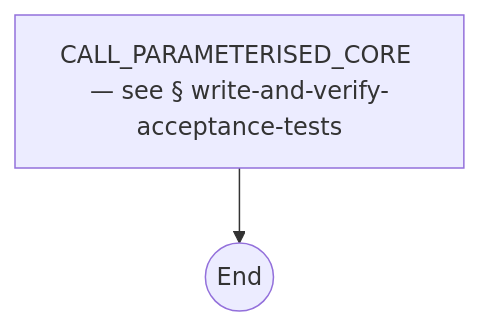
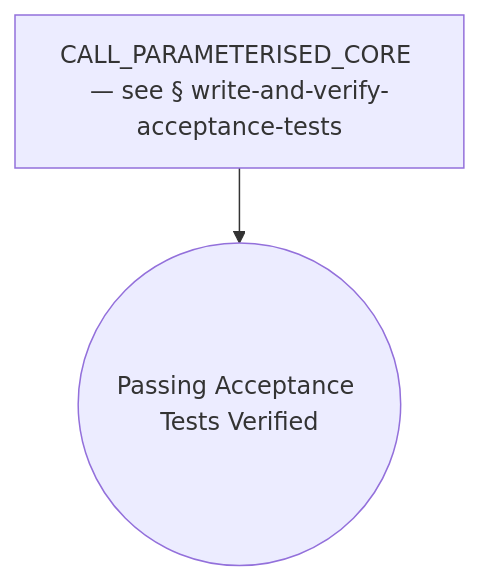
One commit to optivem/gh-optivem changed diagram 14 of 50 in docs/process-diagram.md. Above: the diagram before and after it, drawn with Mermaid. The commit also changed other lines of this file and 5 other files, not shown here.

````diff
--- a/docs/process-diagram.md
+++ b/docs/process-diagram.md
@@ -288,7 +323,7 @@
 ```mermaid
 flowchart TD
     CALL_PARAMETERISED_CORE[CALL_PARAMETERISED_CORE — see § write-and-verify-acceptance-tests]
-    WAV_AT_PASS_END((End))
+    WAV_AT_PASS_END((Passing Acceptance Tests Verified))
 
     CALL_PARAMETERISED_CORE --> WAV_AT_PASS_END
 ```
````
